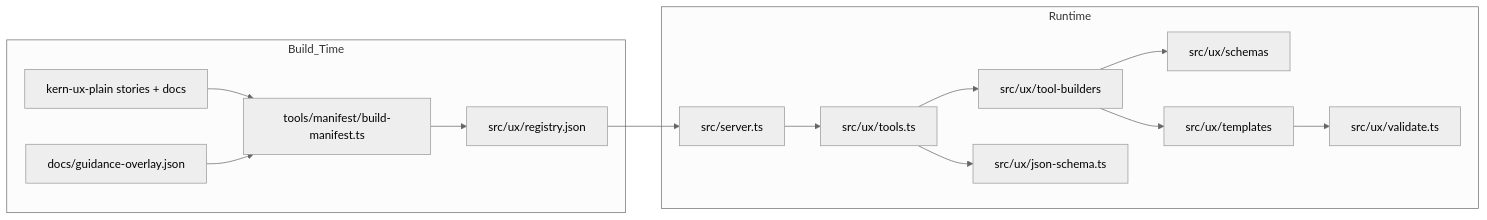
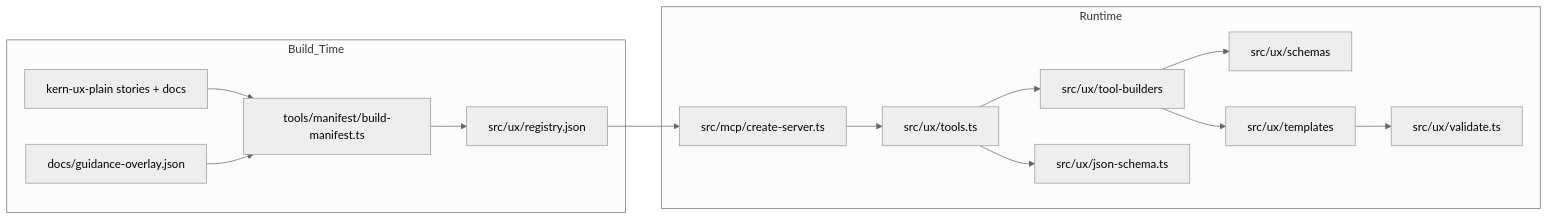
Before and after one commit to leonio/kern-ux-mcp: the diagram in docs/contributor-guide.md, drawn with Mermaid (neutral theme). The commit also changed other lines of this file and 9 other files, not shown here.

````diff
--- a/docs/contributor-guide.md
+++ b/docs/contributor-guide.md
@@ -7,22 +7,22 @@
 ```mermaid
 flowchart LR
   subgraph Build_Time
     A[kern-ux-plain stories + docs]
     B[docs/guidance-overlay.json]
     C[tools/manifest/build-manifest.ts]
     D[src/ux/registry.json]
     A --> C
     B --> C
     C --> D
   end
 
   subgraph Runtime
-    D --> E[src/server.ts]
+    D --> E[src/mcp/create-server.ts]
     E --> F[src/ux/tools.ts]
     F --> G[src/ux/tool-builders]
     G --> H[src/ux/schemas]
     G --> I[src/ux/templates]
     F --> J[src/ux/json-schema.ts]
     I --> K[src/ux/validate.ts]
   end
 ```
````
